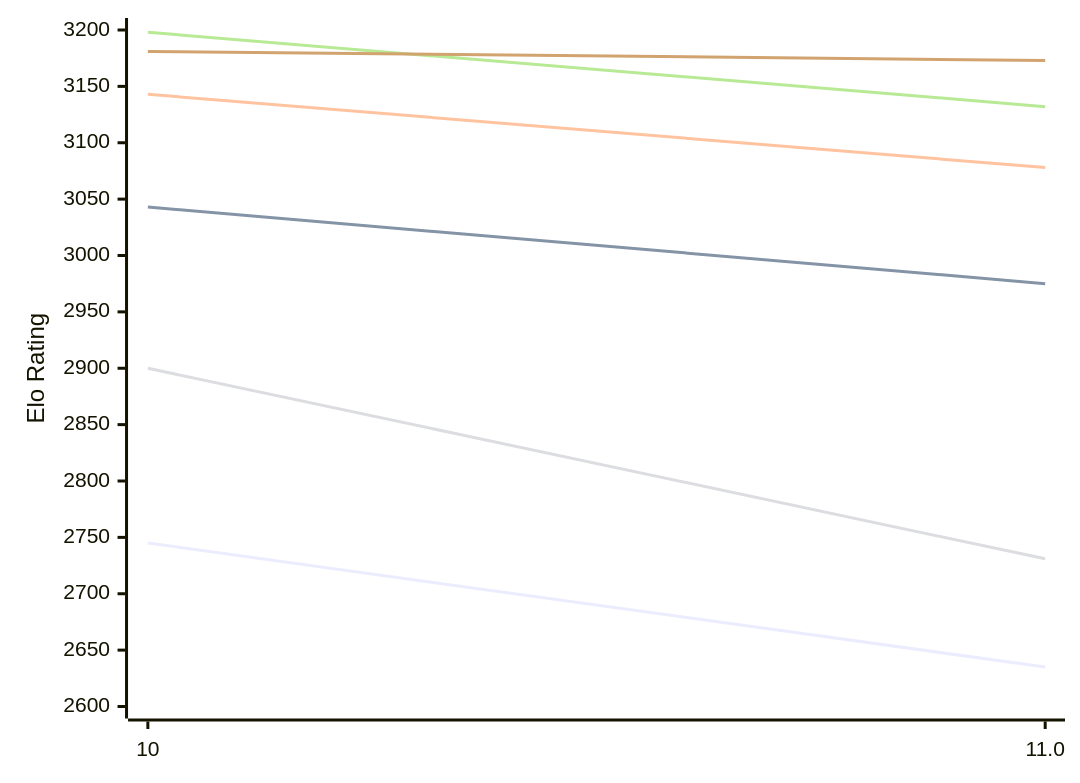
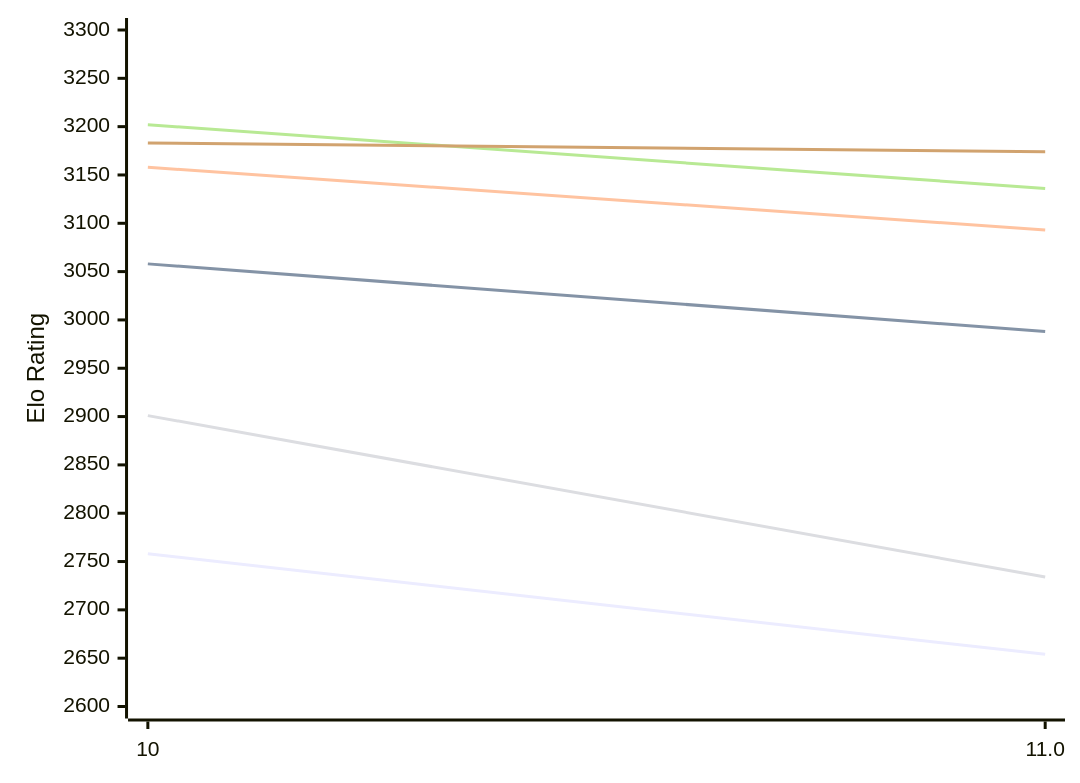
One commit to computer-chess-index/cci changed the first of 2 diagrams in engines/Lozza.md. Above: the diagram before and after it, drawn with Mermaid. The commit also changed other lines of this file, not shown here.

Commit message:
Update CCI Ratings (ELO VLTC) - 2026-10-22

````diff
--- a/engines/Lozza.md
+++ b/engines/Lozza.md
@@ -51,12 +51,12 @@
 ```mermaid
 %%{init: {"theme":"base","themeVariables":{"seriesColors:['#a3a3a3','#222221','#faa371']}}}%%
 xychart-beta
   x-axis ["10", "11.0"]
-  y-axis "Elo Rating" 2600 --> 3200
-  line "E1: STC (8.0+0.08s)" [2745, 2635]
-  line "E1: LTC (60.0+0.60s)" [3043, 2975]
-  line "E1: VLTC (2m24s+1.12s)" [3143, 3078]
-  line "P1: STC (8.0+0.08s)" [2900, 2731]
-  line "P1: LTC (60.0+0.60s)" [3198, 3132]
-  line "P1: VLTC (2m24s+1.12s)" [3181, 3173]
+  y-axis "Elo Rating" 2600 --> 3300
+  line "E1: STC (8.0+0.08s)" [2758, 2654]
+  line "E1: LTC (60.0+0.60s)" [3058, 2988]
+  line "E1: VLTC (2m24s+1.12s)" [3158, 3093]
+  line "P1: STC (8.0+0.08s)" [2901, 2734]
+  line "P1: LTC (60.0+0.60s)" [3202, 3136]
+  line "P1: VLTC (2m24s+1.12s)" [3183, 3174]
 ```
````
